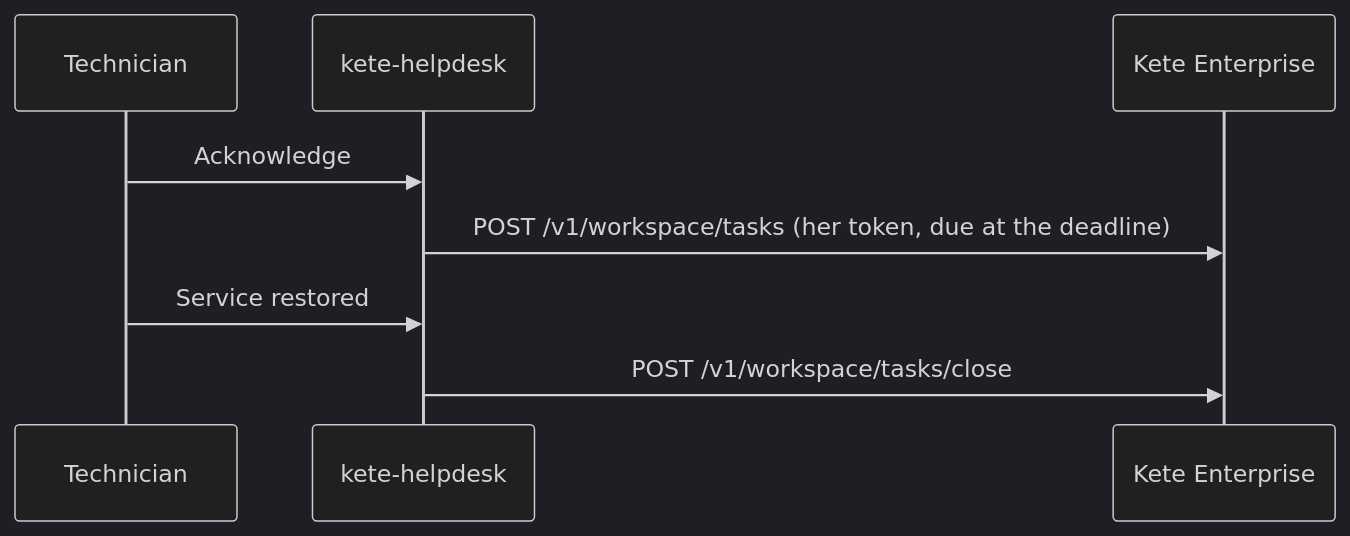
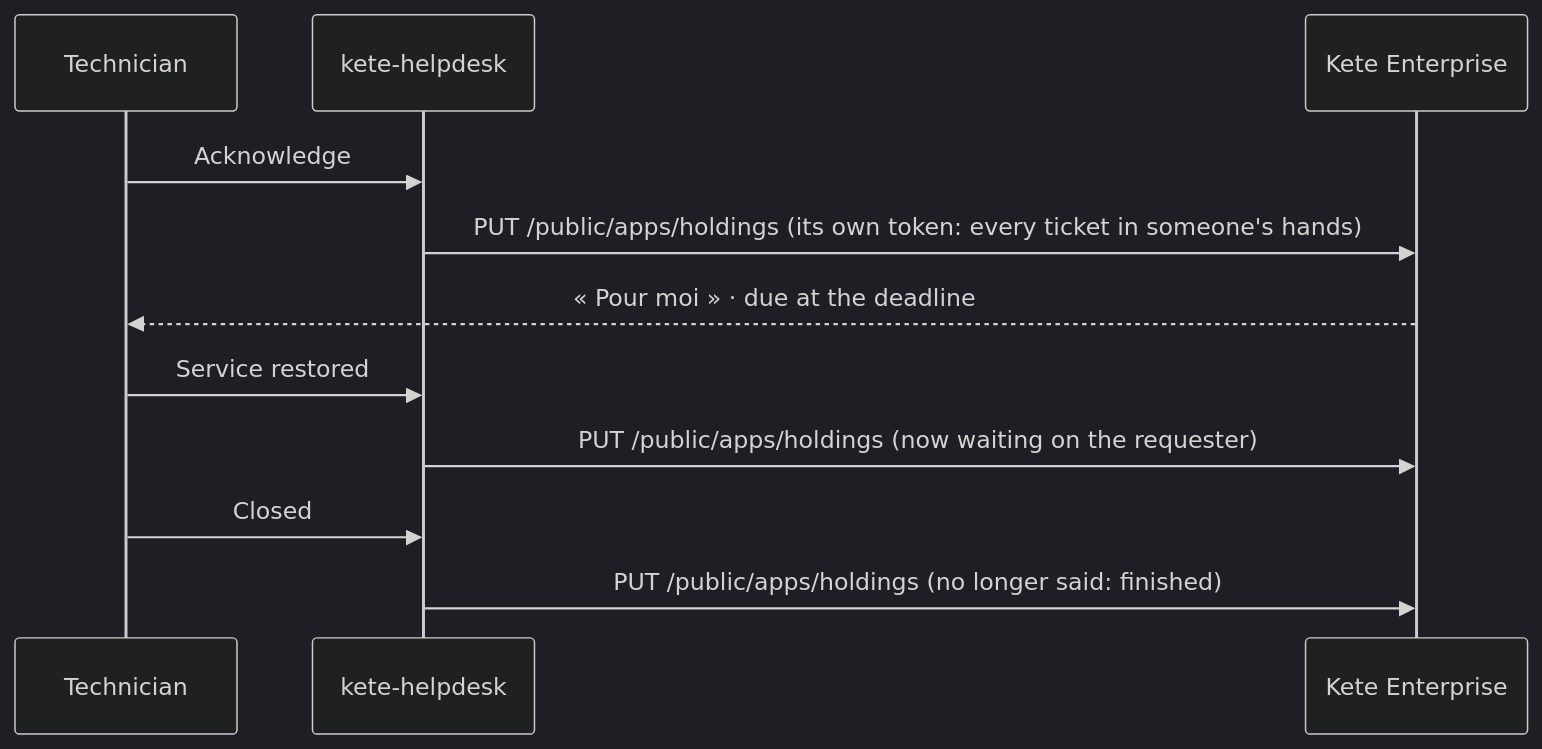
One commit to kete-africa/kete-helpdesk changed the third of 3 diagrams in docs/flows/ticket-life.md. Above: the diagram before and after it, drawn with Mermaid (dark theme). The commit also changed other lines of this file and 19 other files, not shown here.

First line of the commit message:
feat: Support on the living model — its tickets as holdings, its invoices through the policies (spec 006, step A5)

````diff
--- a/docs/flows/ticket-life.md
+++ b/docs/flows/ticket-life.md
@@ -58,10 +61,13 @@
 ```mermaid
 sequenceDiagram
   participant T as Technician
   participant H as kete-helpdesk
   participant E as Kete Enterprise
   T->>H: Acknowledge
-  H->>E: POST /v1/workspace/tasks (her token, due at the deadline)
+  H->>E: PUT /public/apps/holdings (its own token: every ticket in someone's hands)
+  E-->>T: « Pour moi » · due at the deadline
   T->>H: Service restored
-  H->>E: POST /v1/workspace/tasks/close
+  H->>E: PUT /public/apps/holdings (now waiting on the requester)
+  T->>H: Closed
+  H->>E: PUT /public/apps/holdings (no longer said: finished)
 ```
````
